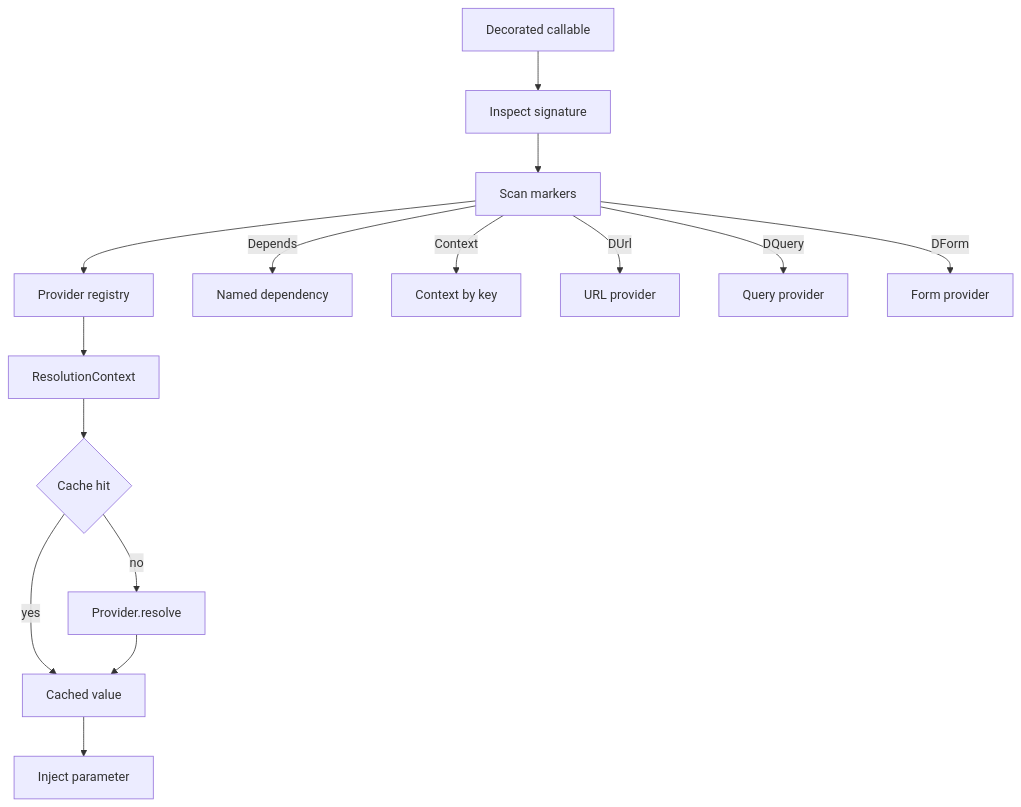
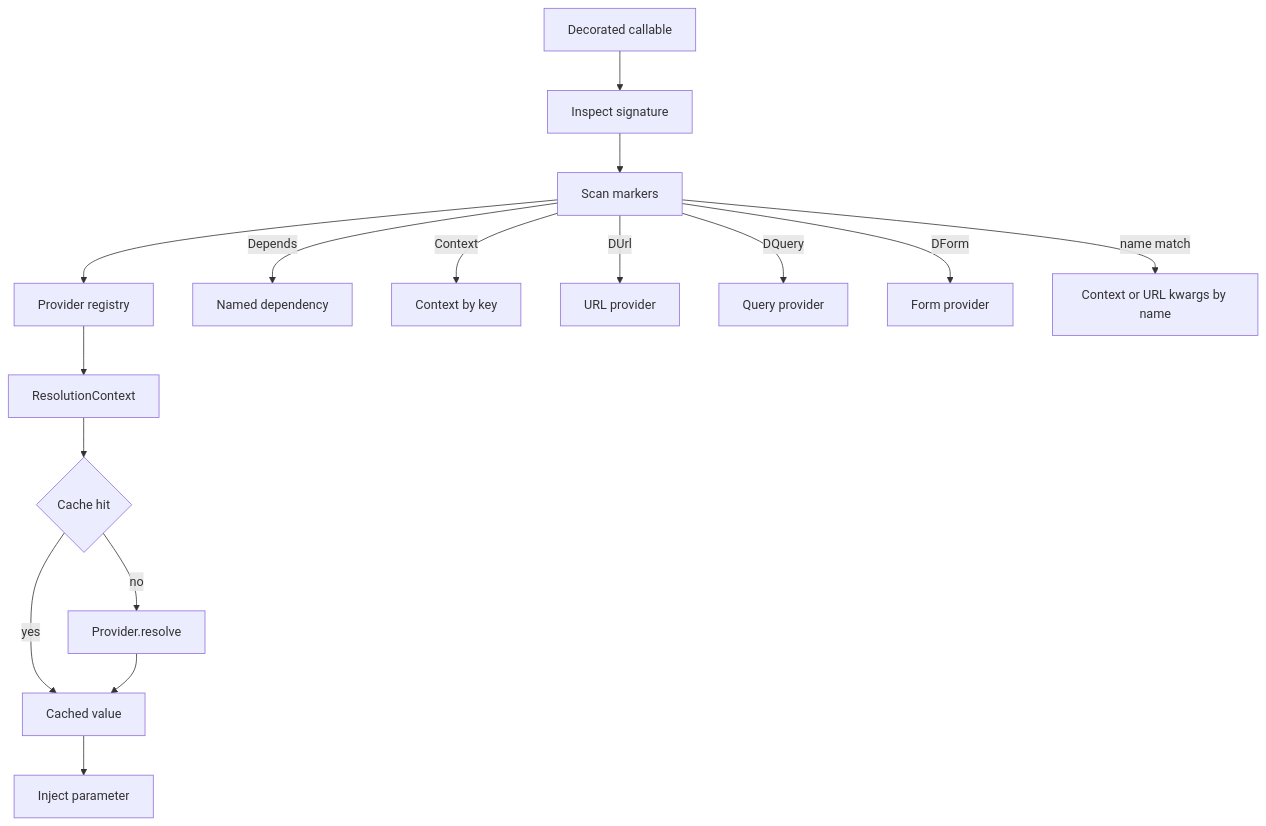
One commit to next-dj/next-dj changed the diagram in docs/content/internals/di-resolver.rst. Above: the diagram before and after it, drawn with Mermaid. The commit also changed 66 other files, not shown here.

```diff
--- a/docs/content/internals/di-resolver.rst
+++ b/docs/content/internals/di-resolver.rst
@@ -21,17 +21,18 @@
 .. mermaid::
 
    flowchart TB
        Callable[Decorated callable] --> Sig[Inspect signature]
        Sig --> Markers[Scan markers]
        Markers --> Providers[Provider registry]
        Providers --> Resolution[ResolutionContext]
        Resolution --> Cache{Cache hit}
        Cache -- yes --> Value[Cached value]
        Cache -- no --> Provider[Provider.resolve]
        Provider --> Value
        Value --> Inject[Inject parameter]
        Markers -- Depends --> NamedDep[Named dependency]
        Markers -- Context --> CtxByKey[Context by key]
        Markers -- DUrl --> UrlProv[URL provider]
        Markers -- DQuery --> QueryProv[Query provider]
        Markers -- DForm --> FormProv[Form provider]
+       Markers -- name match --> NameProv[Context or URL kwargs by name]
```
